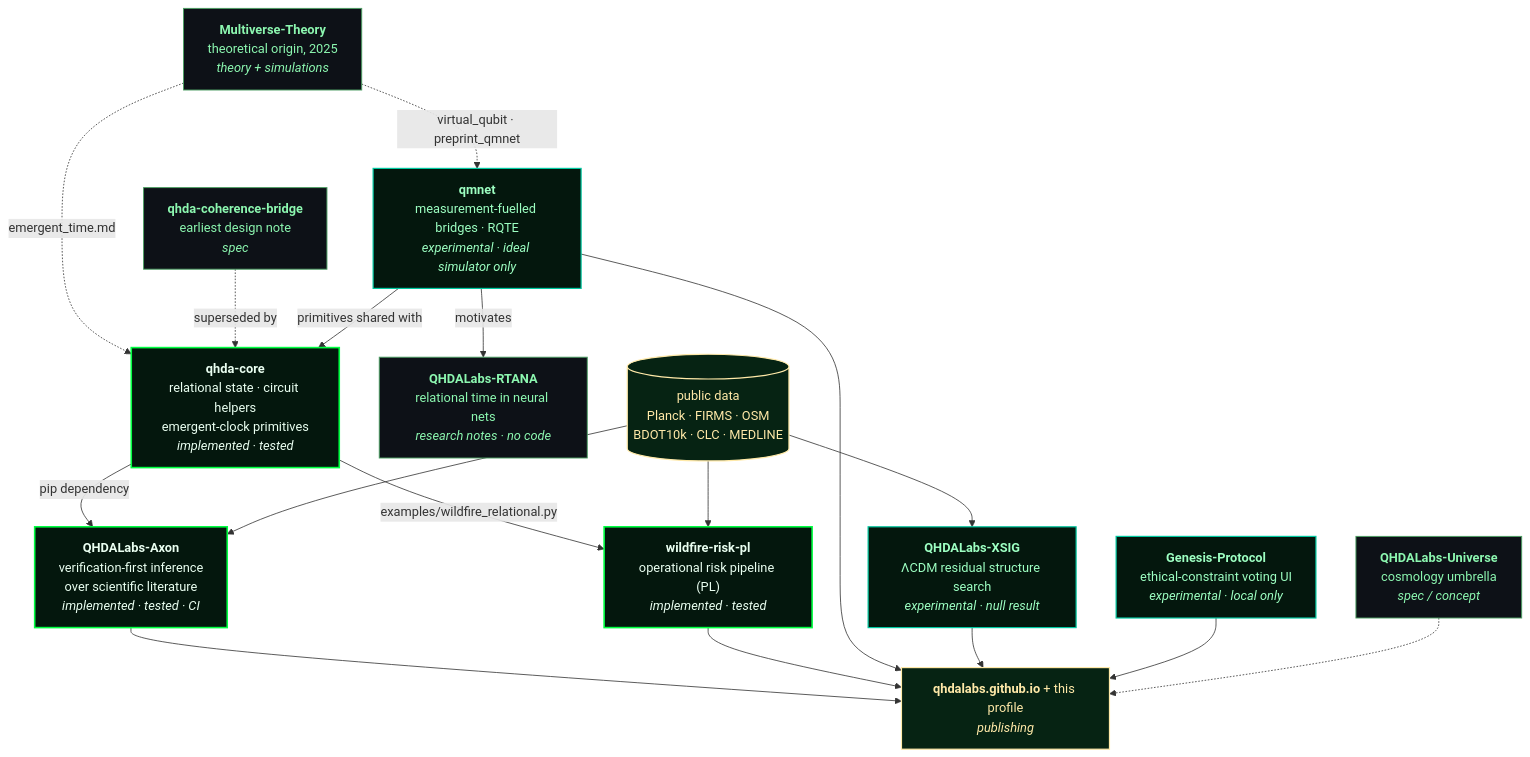
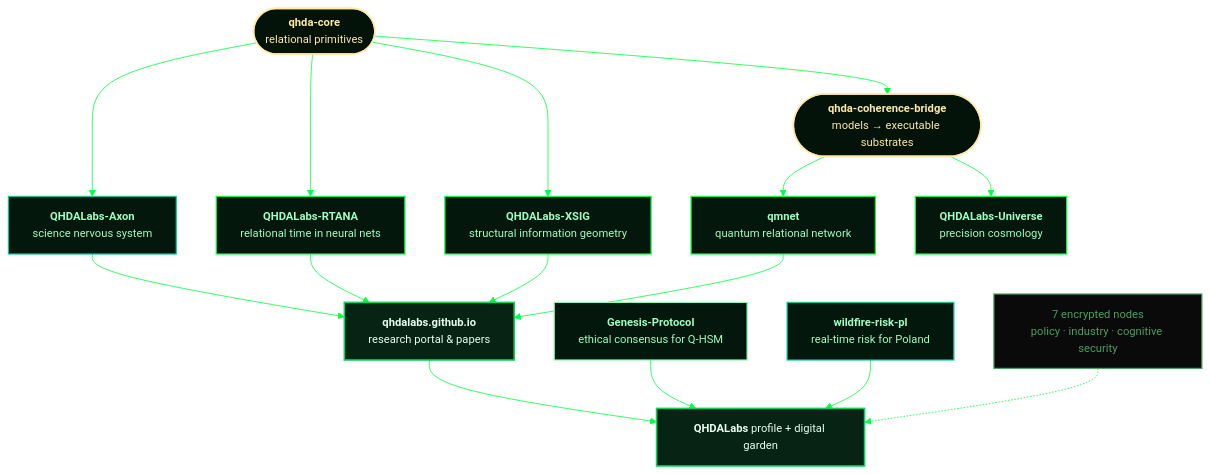
Before and after one commit to QHDALabs/QHDALabs: the diagram in README.md, drawn with Mermaid. The commit also changed other lines of this file, not shown here.

````diff
--- a/README.md
+++ b/README.md
@@ -183,46 +53,34 @@
 ```mermaid
+%%{init: {'theme':'base','themeVariables':{'primaryColor':'#04170d','primaryTextColor':'#9DFFC2','primaryBorderColor':'#00FF41','lineColor':'#00FF41','secondaryColor':'#062313','tertiaryColor':'#03130a','fontFamily':'ui-monospace, monospace','fontSize':'14px','edgeLabelBackground':'#0d1117'}}}%%
 flowchart TD
-    CORE["<b>qhda-core</b><br/>relational state · circuit helpers<br/>emergent-clock primitives<br/><i>implemented · tested</i>"]
+    CORE(["<b>qhda-core</b><br/>relational primitives"]):::kernel
+    BRIDGE(["<b>qhda-coherence-bridge</b><br/>models → executable substrates"]):::kernel
 
-    AXON["<b>QHDALabs-Axon</b><br/>verification-first inference<br/>over scientific literature<br/><i>implemented · tested · CI</i>"]
-    FIRE["<b>wildfire-risk-pl</b><br/>operational risk pipeline (PL)<br/><i>implemented · tested</i>"]
-    QMNET["<b>qmnet</b><br/>measurement-fuelled bridges · RQTE<br/><i>experimental · ideal simulator only</i>"]
-    XSIG["<b>QHDALabs-XSIG</b><br/>ΛCDM residual structure search<br/><i>experimental · null result</i>"]
-    GEN["<b>Genesis-Protocol</b><br/>ethical-constraint voting UI<br/><i>experimental · local only</i>"]
+    CORE --> AXON["<b>QHDALabs-Axon</b><br/>science nervous system"]:::app
+    CORE --> RTANA["<b>QHDALabs-RTANA</b><br/>relational time in neural nets"]:::res
+    CORE --> XSIG["<b>QHDALabs-XSIG</b><br/>structural information geometry"]:::res
+    CORE --> BRIDGE
+    BRIDGE --> QMNET["<b>qmnet</b><br/>quantum relational network"]:::res
+    BRIDGE --> UNI["<b>QHDALabs-Universe</b><br/>precision cosmology"]:::res
 
-    MT["<b>Multiverse-Theory</b><br/>theoretical origin, 2025<br/><i>theory + simulations</i>"]
-    RTANA["<b>QHDALabs-RTANA</b><br/>relational time in neural nets<br/><i>research notes · no code</i>"]
-    UNI["<b>QHDALabs-Universe</b><br/>cosmology umbrella<br/><i>spec / concept</i>"]
-    BRIDGE["<b>qhda-coherence-bridge</b><br/>earliest design note<br/><i>spec</i>"]
+    AXON --> PORTAL["<b>qhdalabs.github.io</b><br/>research portal &amp; papers"]:::pub
+    RTANA --> PORTAL
+    XSIG --> PORTAL
+    QMNET --> PORTAL
 
-    DATA[("public data<br/>Planck · FIRMS · OSM<br/>BDOT10k · CLC · MEDLINE")]
-    PORTAL["<b>qhdalabs.github.io</b> + this profile<br/><i>publishing</i>"]
+    GEN["<b>Genesis-Protocol</b><br/>ethical consensus for Q-HSM"]:::gov
+    FIRE["<b>wildfire-risk-pl</b><br/>real-time risk for Poland"]:::app
+    HUB["<b>QHDALabs</b> profile + digital garden"]:::pub
 
-    MT -.->|emergent_time.md| CORE
-    MT -.->|virtual_qubit · preprint_qmnet| QMNET
-    CORE -->|pip dependency| AXON
-    CORE -->|examples/wildfire_relational.py| FIRE
-    BRIDGE -.->|superseded by| CORE
-    QMNET -->|motivates| RTANA
-    QMNET -->|primitives shared with| CORE
+    PORTAL --> HUB
+    GEN --> HUB
+    FIRE --> HUB
+    DARK["7 encrypted nodes<br/>policy · industry · cognitive security"]:::dark -.-> HUB
 
-    DATA --> AXON
-    DATA --> FIRE
-    DATA --> XSIG
-
-    AXON --> PORTAL
-    FIRE --> PORTAL
-    QMNET --> PORTAL
-    XSIG --> PORTAL
-    GEN --> PORTAL
-    UNI -.-> PORTAL
-
-    classDef impl  fill:#04170d,stroke:#00FF41,stroke-width:2px,color:#EAFFF1
-    classDef exp   fill:#04170d,stroke:#00C8A0,stroke-width:1.5px,color:#9DFFC2
-    classDef notes fill:#0d1117,stroke:#4C9E63,stroke-width:1.2px,color:#8CF7B0
-    classDef data  fill:#062313,stroke:#FFE9A8,stroke-width:1.5px,color:#FFE9A8
-    class CORE,AXON,FIRE impl
-    class QMNET,XSIG,GEN exp
-    class RTANA,UNI,BRIDGE,MT notes
-    class DATA,PORTAL data
+    classDef kernel fill:#03130a,stroke:#FFE9A8,stroke-width:2px,color:#FFE9A8
+    classDef res    fill:#04170d,stroke:#00FF41,stroke-width:1.5px,color:#9DFFC2
+    classDef app    fill:#04170d,stroke:#00C8A0,stroke-width:1.5px,color:#9DFFC2
+    classDef gov    fill:#04170d,stroke:#8CF7B0,stroke-width:1.5px,color:#9DFFC2
+    classDef pub    fill:#062313,stroke:#0BD45E,stroke-width:2px,color:#EAFFF1
+    classDef dark   fill:#0a0a0a,stroke:#4C9E63,stroke-width:1.5px,color:#4C9E63
 ```
````
